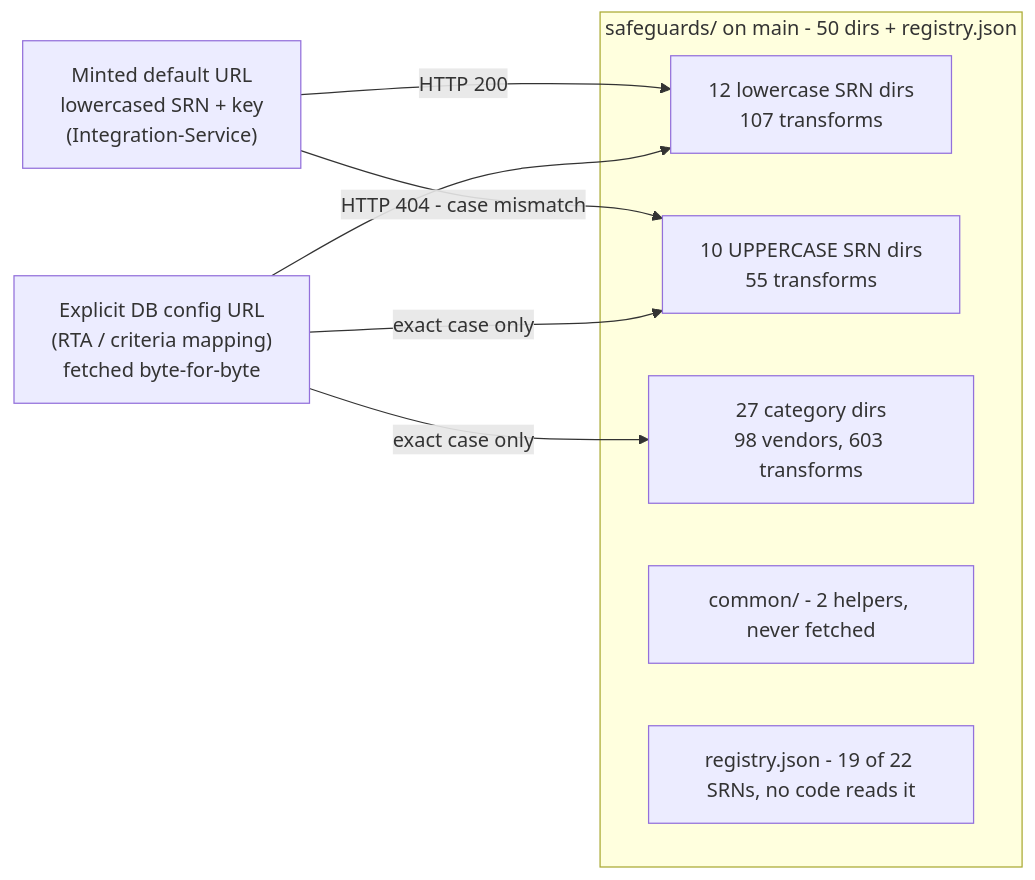
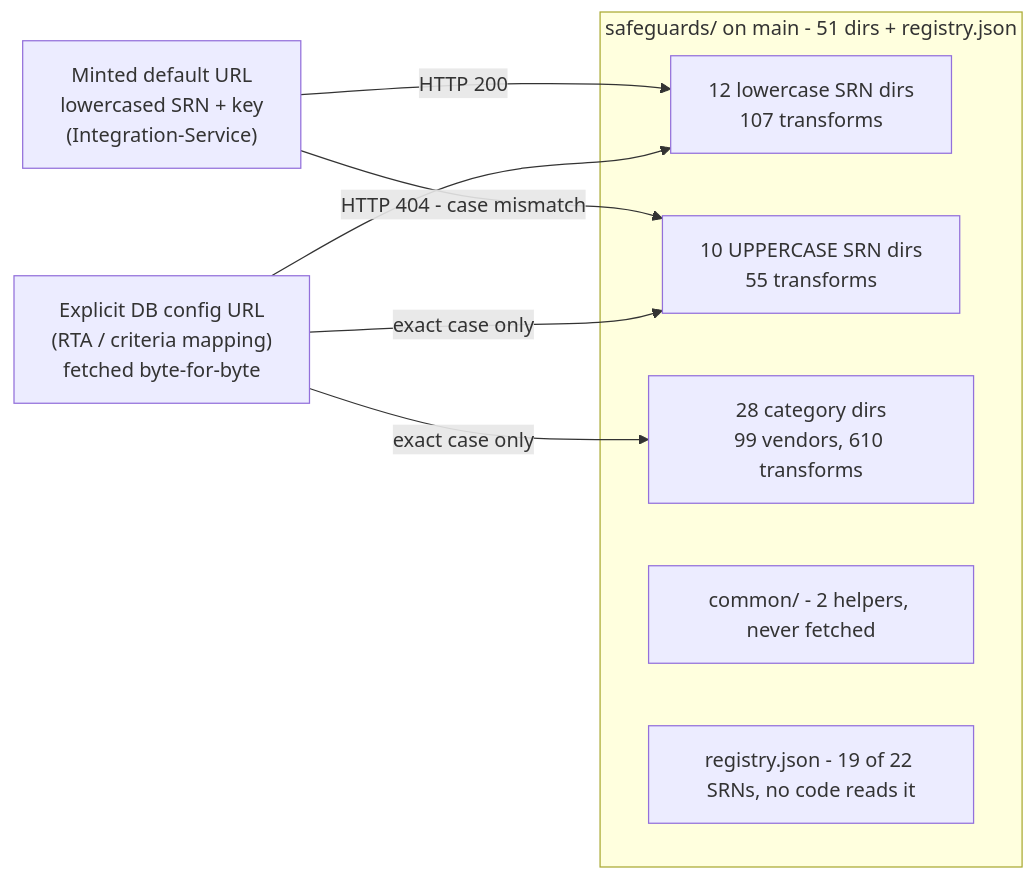
Before and after one commit to spektrum-labs/Transformations: the first of 2 diagrams in docs2/04-catalog.md, drawn with Mermaid. The commit also changed other lines of this file and 6 other files, not shown here.

````diff
--- a/docs2/04-catalog.md
+++ b/docs2/04-catalog.md
@@ -19,17 +19,17 @@
 ```mermaid
 flowchart LR
     MINT["Minted default URL<br/>lowercased SRN + key<br/>(Integration-Service)"]
     RTA["Explicit DB config URL<br/>(RTA / criteria mapping)<br/>fetched byte-for-byte"]
-    subgraph SAFE["safeguards/ on main - 50 dirs + registry.json"]
+    subgraph SAFE["safeguards/ on main - 51 dirs + registry.json"]
         LC["12 lowercase SRN dirs<br/>107 transforms"]
         UC["10 UPPERCASE SRN dirs<br/>55 transforms"]
-        CAT["27 category dirs<br/>98 vendors, 603 transforms"]
+        CAT["28 category dirs<br/>99 vendors, 610 transforms"]
         COM["common/ - 2 helpers, never fetched"]
         REG["registry.json - 19 of 22 SRNs, no code reads it"]
     end
     MINT -->|"HTTP 200"| LC
     MINT -->|"HTTP 404 - case mismatch"| UC
     RTA -->|"exact case only"| UC
     RTA -->|"exact case only"| CAT
     RTA --> LC
 ```
````
